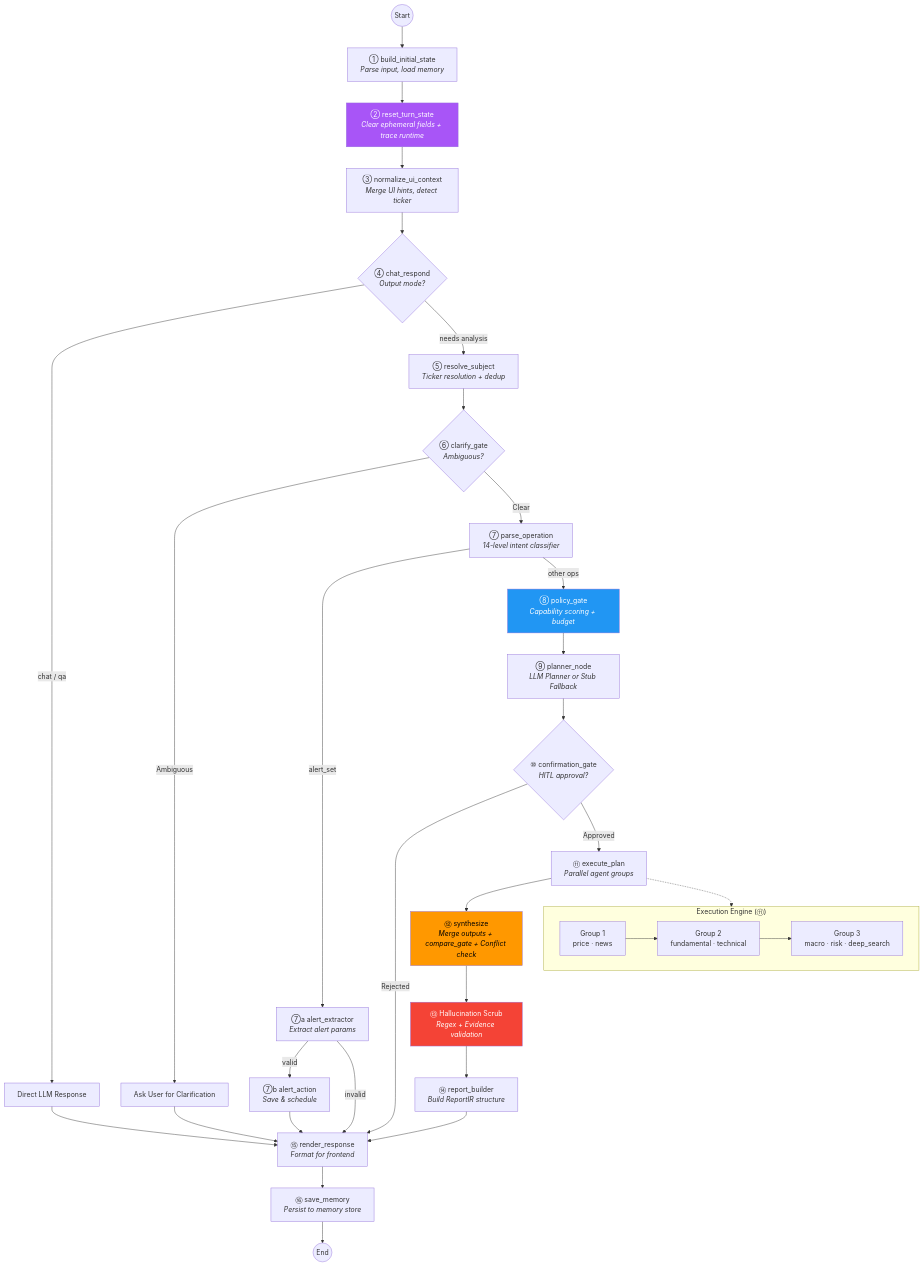
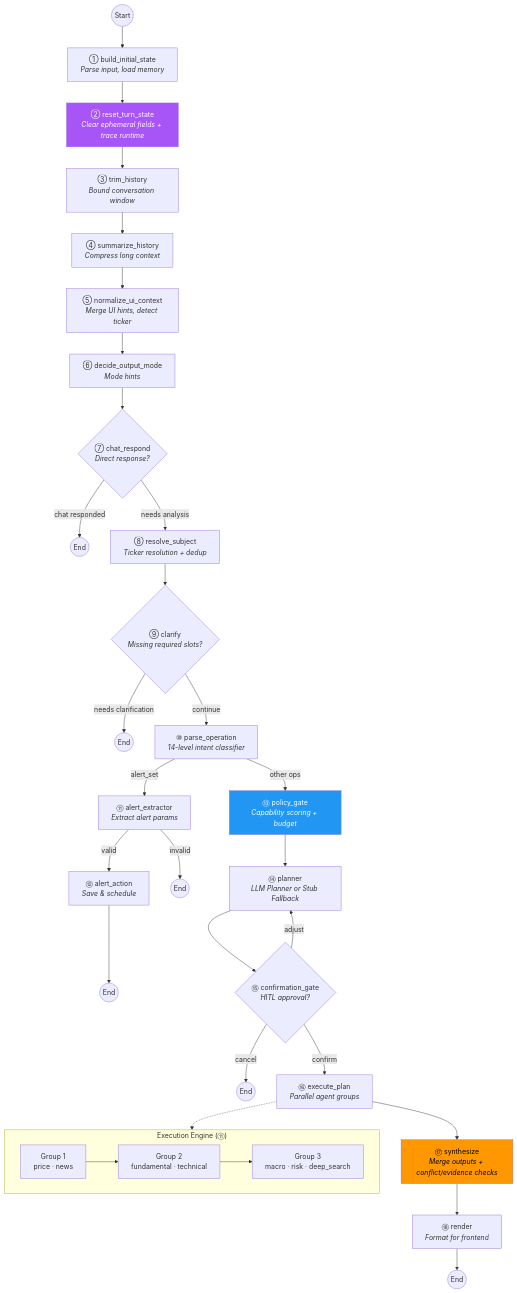
The second of 7 diagrams in README.md (kkkano/FinSight), drawn with Mermaid before and after one commit. The commit also changed other lines of this file and 26 other files, not shown here.

````diff
--- a/README.md
+++ b/README.md
@@ -252,47 +255,45 @@
 ```mermaid
 flowchart TD
     START((Start)) --> INIT["① build_initial_state<br/><i>Parse input, load memory</i>"]
     INIT --> RESET["② reset_turn_state<br/><i>Clear ephemeral fields + trace runtime</i>"]
-    RESET --> CTX["③ normalize_ui_context<br/><i>Merge UI hints, detect ticker</i>"]
-    CTX --> MODE{"④ chat_respond<br/><i>Output mode?</i>"}
+    RESET --> TRIM["③ trim_history<br/><i>Bound conversation window</i>"]
+    TRIM --> SUMMARY["④ summarize_history<br/><i>Compress long context</i>"]
+    SUMMARY --> CTX["⑤ normalize_ui_context<br/><i>Merge UI hints, detect ticker</i>"]
+    CTX --> MODE["⑥ decide_output_mode<br/><i>Mode hints</i>"]
+    MODE --> CHAT{"⑦ chat_respond<br/><i>Direct response?</i>"}
 
-    MODE -->|"chat / qa"| CHAT_END["Direct LLM Response"]
-    CHAT_END --> RENDER
-    MODE -->|"needs analysis"| SUBJ["⑤ resolve_subject<br/><i>Ticker resolution + dedup</i>"]
+    CHAT -->|"chat responded"| END_CHAT((End))
+    CHAT -->|"needs analysis"| SUBJ["⑧ resolve_subject<br/><i>Ticker resolution + dedup</i>"]
 
-    SUBJ --> CLARIFY{"⑥ clarify_gate<br/><i>Ambiguous?</i>"}
-    CLARIFY -->|"Ambiguous"| ASK["Ask User for Clarification"]
-    ASK --> RENDER
-    CLARIFY -->|"Clear"| PARSE["⑦ parse_operation<br/><i>14-level intent classifier</i>"]
+    SUBJ --> CLARIFY{"⑨ clarify<br/><i>Missing required slots?</i>"}
+    CLARIFY -->|"needs clarification"| END_CLARIFY((End))
+    CLARIFY -->|"continue"| PARSE["⑩ parse_operation<br/><i>14-level intent classifier</i>"]
 
-    PARSE -->|"alert_set"| ALERT_EX["⑦a alert_extractor<br/><i>Extract alert params</i>"]
-    ALERT_EX -->|"valid"| ALERT_ACT["⑦b alert_action<br/><i>Save & schedule</i>"]
-    ALERT_EX -->|"invalid"| RENDER
-    ALERT_ACT --> RENDER
-    PARSE -->|"other ops"| POLICY["⑧ policy_gate<br/><i>Capability scoring + budget</i>"]
-    POLICY --> PLAN["⑨ planner_node<br/><i>LLM Planner or Stub Fallback</i>"]
+    PARSE -->|"alert_set"| ALERT_EX["⑪ alert_extractor<br/><i>Extract alert params</i>"]
+    ALERT_EX -->|"valid"| ALERT_ACT["⑫ alert_action<br/><i>Save & schedule</i>"]
+    ALERT_EX -->|"invalid"| END_ALERT_INVALID((End))
+    ALERT_ACT --> END_ALERT((End))
+    PARSE -->|"other ops"| POLICY["⑬ policy_gate<br/><i>Capability scoring + budget</i>"]
+    POLICY --> PLAN["⑭ planner<br/><i>LLM Planner or Stub Fallback</i>"]
 
-    PLAN --> CONFIRM{"⑩ confirmation_gate<br/><i>HITL approval?</i>"}
-    CONFIRM -->|"Rejected"| RENDER
-    CONFIRM -->|"Approved"| EXEC["⑪ execute_plan<br/><i>Parallel agent groups</i>"]
+    PLAN --> CONFIRM{"⑮ confirmation_gate<br/><i>HITL approval?</i>"}
+    CONFIRM -->|"cancel"| END_CANCEL((End))
+    CONFIRM -->|"adjust"| PLAN
+    CONFIRM -->|"confirm"| EXEC["⑯ execute_plan<br/><i>Parallel agent groups</i>"]
 
-    EXEC --> SYNTH["⑫ synthesize<br/><i>Merge outputs + compare_gate + Conflict check</i>"]
-    SYNTH --> SCRUB["⑬ Hallucination Scrub<br/><i>Regex + Evidence validation</i>"]
-    SCRUB --> BUILD["⑭ report_builder<br/><i>Build ReportIR structure</i>"]
-    BUILD --> RENDER["⑮ render_response<br/><i>Format for frontend</i>"]
-    RENDER --> SAVE["⑯ save_memory<br/><i>Persist to memory store</i>"]
-    SAVE --> END((End))
+    EXEC --> SYNTH["⑰ synthesize<br/><i>Merge outputs + conflict/evidence checks</i>"]
+    SYNTH --> RENDER["⑱ render<br/><i>Format for frontend</i>"]
+    RENDER --> END((End))
 
     subgraph "Execution Engine (⑪)"
         direction LR
         EG1["Group 1<br/>price · news"] --> EG2["Group 2<br/>fundamental · technical"]
         EG2 --> EG3["Group 3<br/>macro · risk · deep_search"]
     end
 
     EXEC -.-> EG1
 
     style RESET fill:#a855f7,color:#fff
     style SYNTH fill:#ff9800,color:#000
-    style SCRUB fill:#f44336,color:#fff
     style POLICY fill:#2196f3,color:#fff
 ```
````
